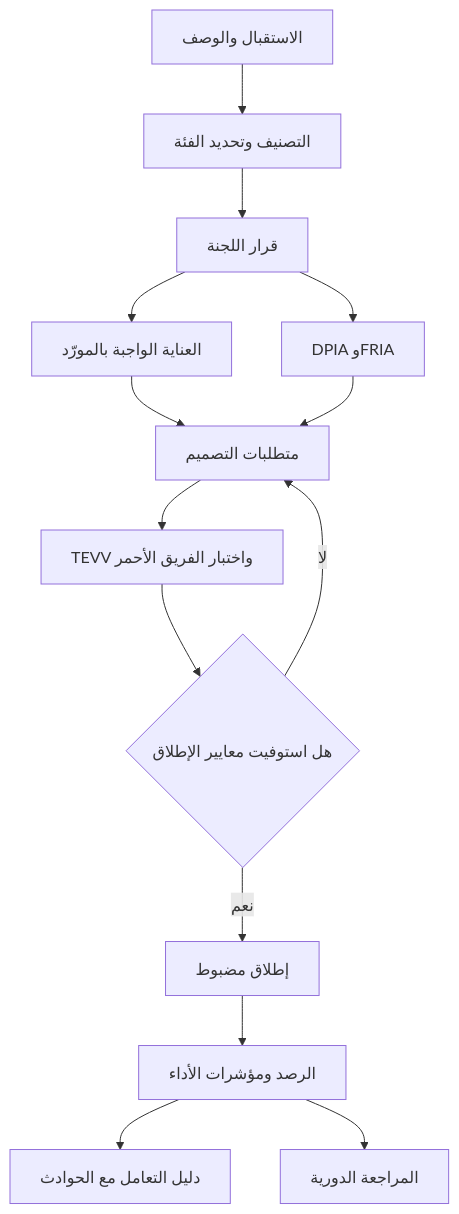
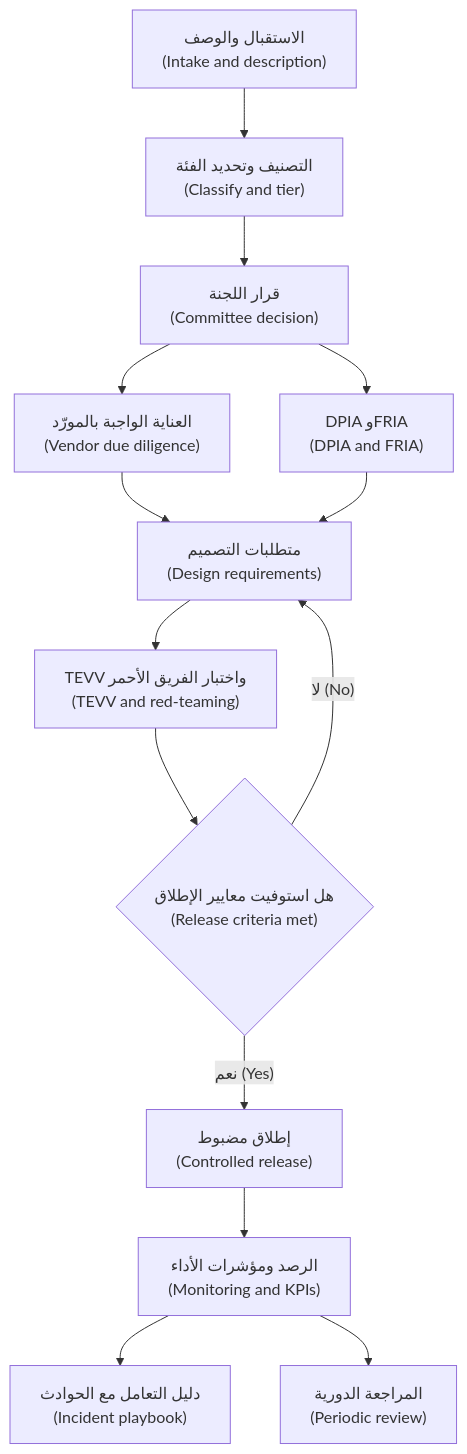
Before and after one commit to Tamoura/system-design-for-vibe-coders: the diagram in aigp/modules/12-capstone.ar.md, drawn with Mermaid. The commit also changed 62 other files, not shown here.

First line of the commit message:
Arabic editions: English on every diagram label, RTL fixes, rebuild

````diff
--- a/aigp/modules/12-capstone.ar.md
+++ b/aigp/modules/12-capstone.ar.md
@@ -47,16 +47,16 @@
 ```mermaid
 flowchart TD
-  A[الاستقبال والوصف] --> B[التصنيف وتحديد الفئة]
-  B --> C[قرار اللجنة]
-  C --> D[العناية الواجبة بالمورّد]
-  C --> E[DPIA وFRIA]
-  D --> F[متطلبات التصميم]
+  A["الاستقبال والوصف<br/>(Intake and description)"] --> B["التصنيف وتحديد الفئة<br/>(Classify and tier)"]
+  B --> C["قرار اللجنة<br/>(Committee decision)"]
+  C --> D["العناية الواجبة بالمورّد<br/>(Vendor due diligence)"]
+  C --> E["DPIA وFRIA<br/>(DPIA and FRIA)"]
+  D --> F["متطلبات التصميم<br/>(Design requirements)"]
   E --> F
-  F --> G[TEVV واختبار الفريق الأحمر]
-  G --> H{هل استوفيت معايير الإطلاق}
-  H -- لا --> F
-  H -- نعم --> I[إطلاق مضبوط]
-  I --> J[الرصد ومؤشرات الأداء]
-  J --> K[دليل التعامل مع الحوادث]
-  J --> L[المراجعة الدورية]
+  F --> G["TEVV واختبار الفريق الأحمر<br/>(TEVV and red-teaming)"]
+  G --> H{"هل استوفيت معايير الإطلاق<br/>(Release criteria met)"}
+  H -- "لا (No)" --> F
+  H -- "نعم (Yes)" --> I["إطلاق مضبوط<br/>(Controlled release)"]
+  I --> J["الرصد ومؤشرات الأداء<br/>(Monitoring and KPIs)"]
+  J --> K["دليل التعامل مع الحوادث<br/>(Incident playbook)"]
+  J --> L["المراجعة الدورية<br/>(Periodic review)"]
 ```
````
